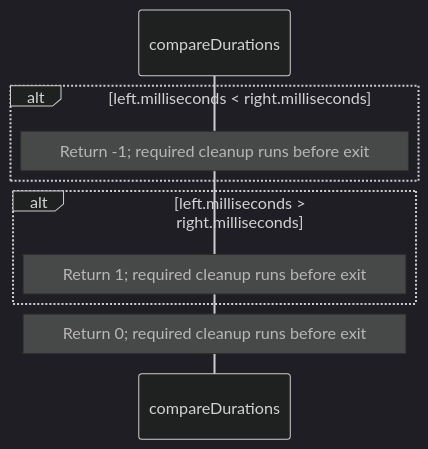
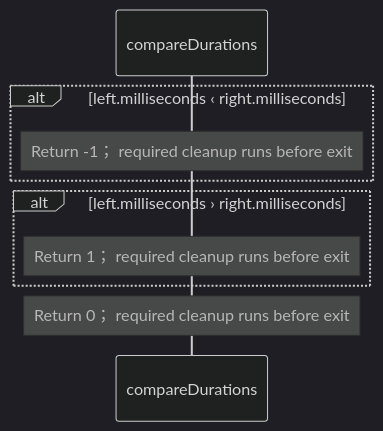
One commit to GreenPandaStudios/augscript changed the seventh of 7 diagrams in src/stdlib/values/durations.aug.diagrams.md. Above: the diagram before and after it, drawn with Mermaid (dark theme). The commit also changed other lines of this file and 524 other files, not shown here.

Commit message:
Explain checked data flow at folder and service levels

````diff
--- a/src/stdlib/values/durations.aug.diagrams.md
+++ b/src/stdlib/values/durations.aug.diagrams.md
@@ -240,12 +226,12 @@
 ```mermaid
 sequenceDiagram
     participant p0 as compareDurations
 
-    alt left.milliseconds #60; right.milliseconds
-    Note over p0: Return -1#59; required cleanup runs before exit
+    alt left.milliseconds ‹ right.milliseconds
+    Note over p0: Return -1； required cleanup runs before exit
     end
-    alt left.milliseconds #62; right.milliseconds
-    Note over p0: Return 1#59; required cleanup runs before exit
+    alt left.milliseconds › right.milliseconds
+    Note over p0: Return 1； required cleanup runs before exit
     end
-    Note over p0: Return 0#59; required cleanup runs before exit
+    Note over p0: Return 0； required cleanup runs before exit
 ```
````
